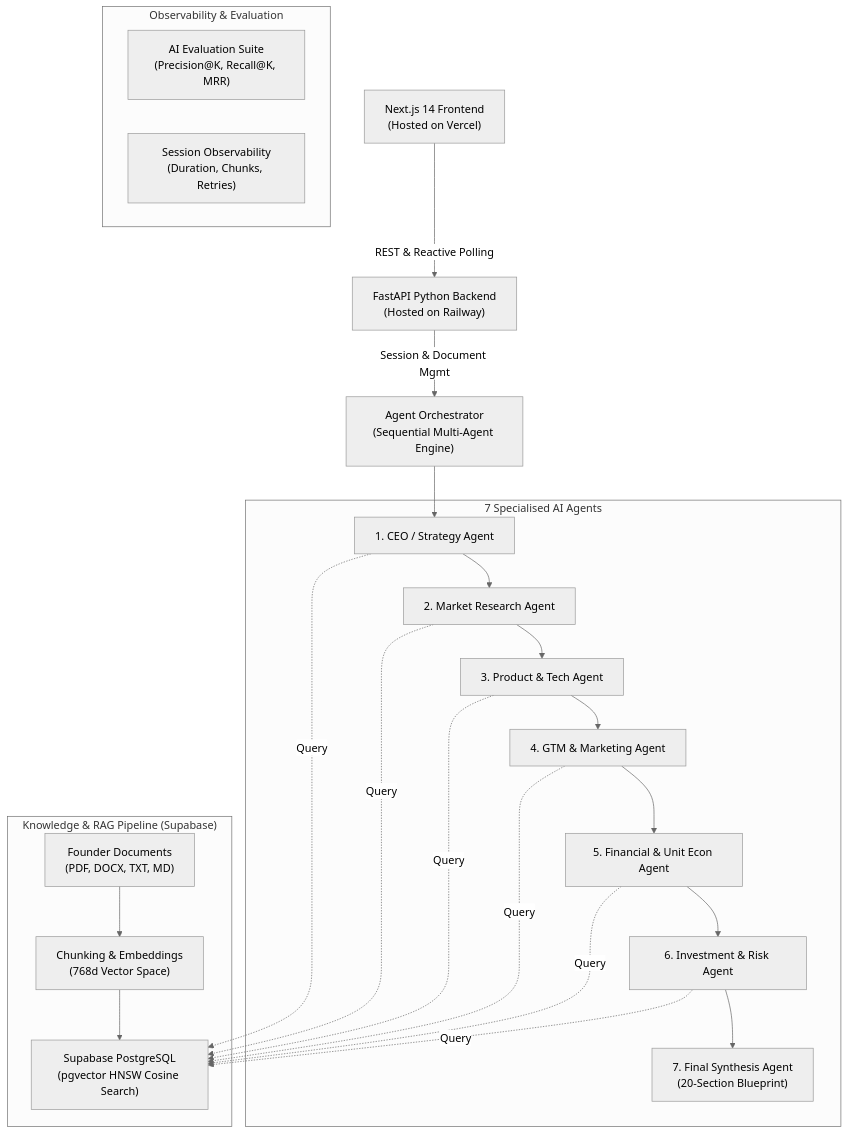
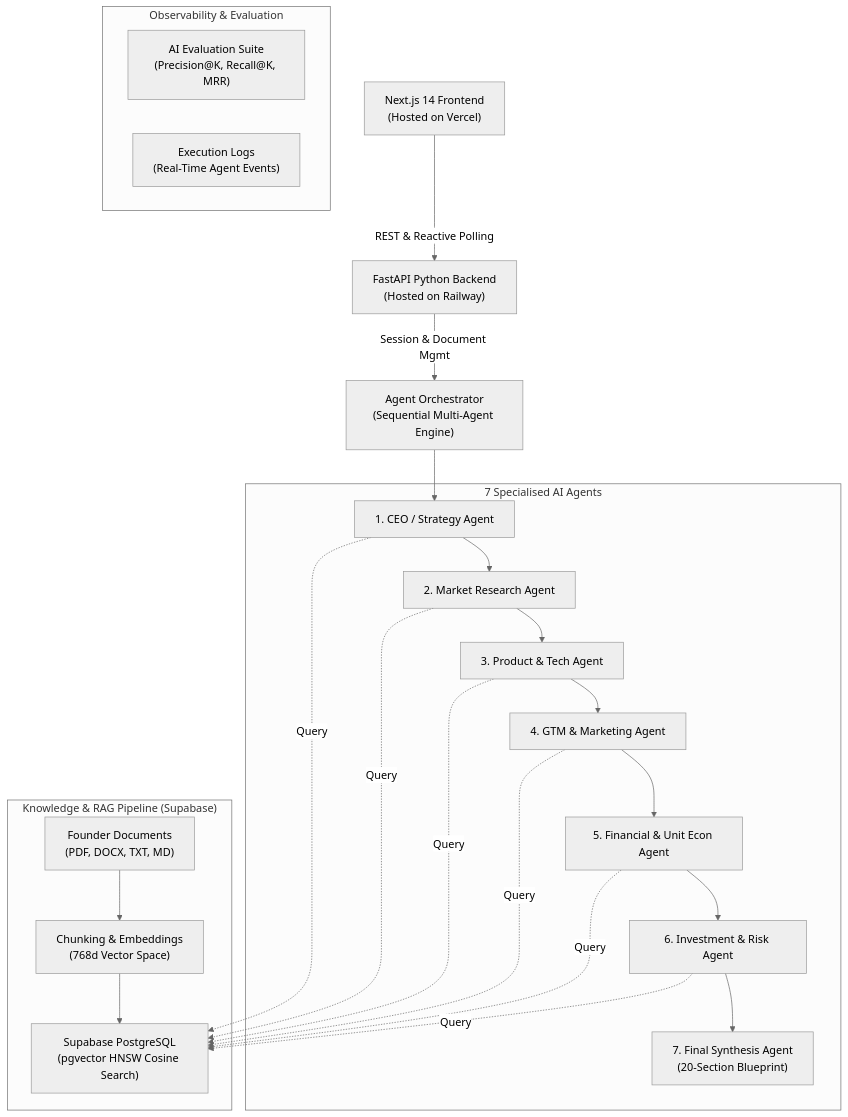
The diagram in README.md (Kaustubh-kodes/VentureOs), drawn with Mermaid (neutral theme) before and after one commit. The commit also changed other lines of this file, not shown here.

````diff
--- a/README.md
+++ b/README.md
@@ -21,46 +35,46 @@
 ```mermaid
 graph TD
     Client["Next.js 14 Frontend<br/>(Hosted on Vercel)"]
     API["FastAPI Python Backend<br/>(Hosted on Railway)"]
     Orchestrator["Agent Orchestrator<br/>(Sequential Multi-Agent Engine)"]
     
     Client -->|REST & Reactive Polling| API
     API -->|Session & Document Mgmt| Orchestrator
 
     subgraph "7 Specialised AI Agents"
         CEO["1. CEO / Strategy Agent"]
         Market["2. Market Research Agent"]
         Product["3. Product & Tech Agent"]
         Marketing["4. GTM & Marketing Agent"]
         Finance["5. Financial & Unit Econ Agent"]
         Investment["6. Investment & Risk Agent"]
         Synthesis["7. Final Synthesis Agent<br/>(20-Section Blueprint)"]
     end
 
     Orchestrator --> CEO
     CEO --> Market
     Market --> Product
     Product --> Marketing
     Marketing --> Finance
     Finance --> Investment
     Investment --> Synthesis
 
     subgraph "Knowledge & RAG Pipeline (Supabase)"
         Docs["Founder Documents<br/>(PDF, DOCX, TXT, MD)"]
         Parser["Chunking & Embeddings<br/>(768d Vector Space)"]
         PgVector["Supabase PostgreSQL<br/>(pgvector HNSW Cosine Search)"]
     end
 
     Docs --> Parser --> PgVector
     CEO -.->|Query| PgVector
     Market -.->|Query| PgVector
     Product -.->|Query| PgVector
     Marketing -.->|Query| PgVector
     Finance -.->|Query| PgVector
     Investment -.->|Query| PgVector
 
     subgraph "Observability & Evaluation"
         Eval["AI Evaluation Suite<br/>(Precision@K, Recall@K, MRR)"]
-        Metrics["Session Observability<br/>(Duration, Chunks, Retries)"]
+        Logs["Execution Logs<br/>(Real-Time Agent Events)"]
     end
 ```
````
